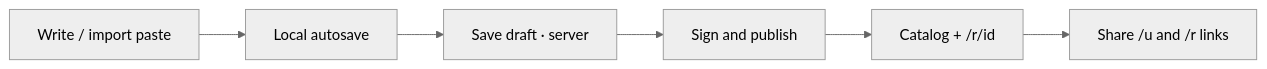
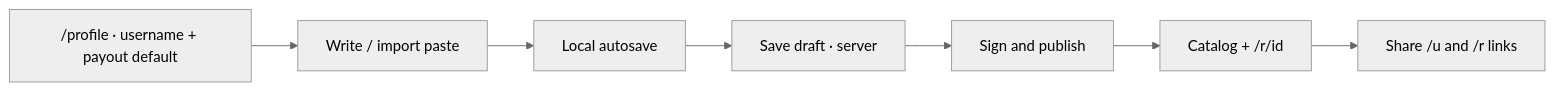
Before and after one commit to rudazy/citation-agent: the sixth of 9 diagrams in README.md, drawn with Mermaid (neutral theme). The commit also changed other lines of this file and 9 other files, not shown here.

Commit message:
Docs match profile setup

````diff
--- a/README.md
+++ b/README.md
@@ -216,8 +229,9 @@
 ```mermaid
 flowchart LR
-  Write["Write / import paste"] --> Local["Local autosave"]
+  Setup["/profile · username + payout default"] --> Write["Write / import paste"]
+  Write --> Local["Local autosave"]
   Local --> Draft["Save draft · server"]
   Draft --> Sign["Sign and publish"]
   Sign --> Live["Catalog + /r/id"]
   Live --> Share["Share /u and /r links"]
 ```
````
